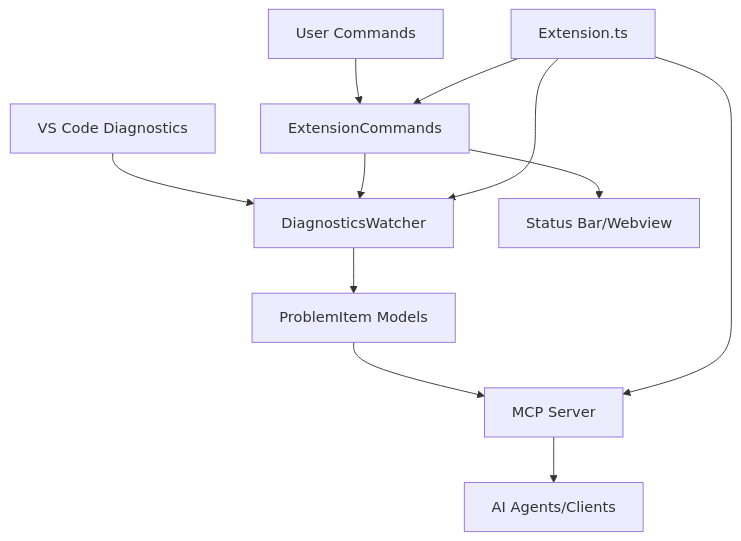
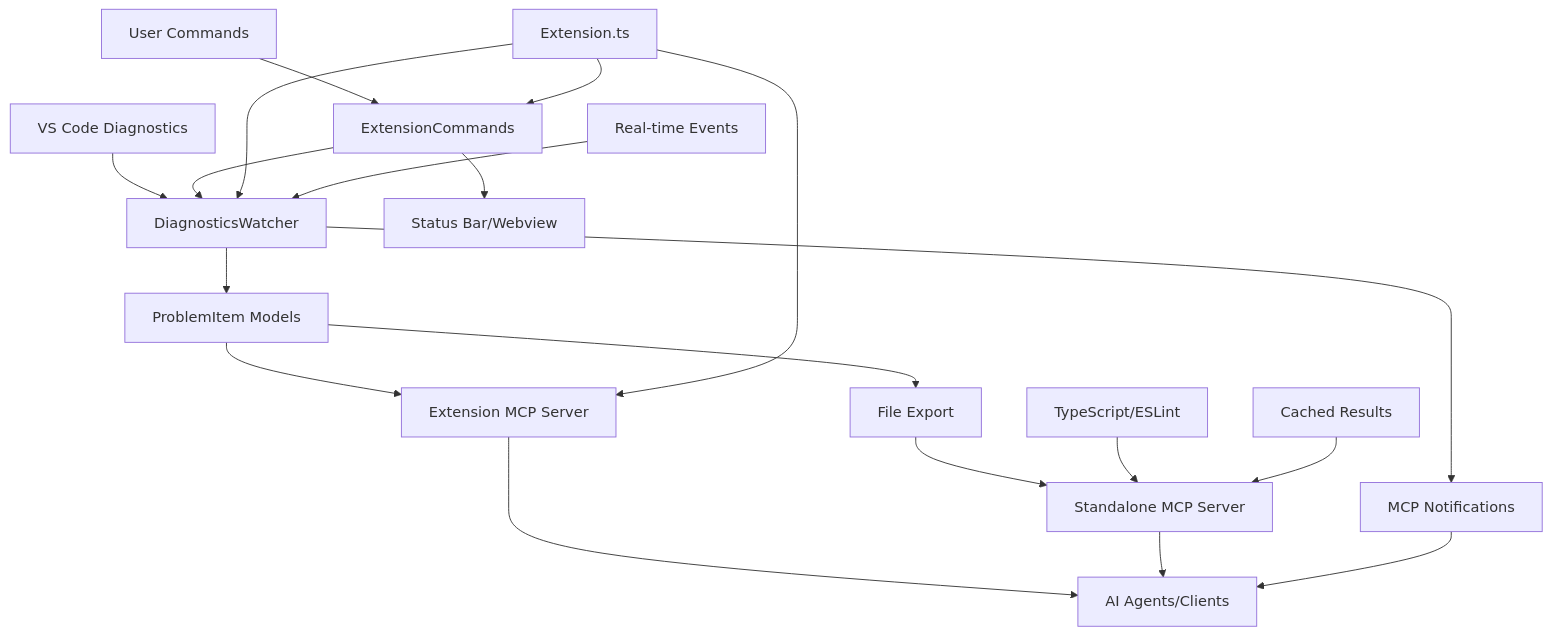
One commit to newbpydev/mcp-diagnostics-extension changed the diagram in src/README.md. Above: the diagram before and after it, drawn with Mermaid. The commit also changed other lines of this file and 2 other files, not shown here.

````diff
--- a/src/README.md
+++ b/src/README.md
@@ -48,15 +77,25 @@
 ```mermaid
 graph TD
     A[VS Code Diagnostics] --> B[DiagnosticsWatcher]
     B --> C[ProblemItem Models]
-    C --> D[MCP Server]
+    C --> D[Extension MCP Server]
+    C --> L[File Export]
+    L --> M[Standalone MCP Server]
     D --> E[AI Agents/Clients]
+    M --> E
 
     F[User Commands] --> G[ExtensionCommands]
     G --> H[Status Bar/Webview]
     G --> B
 
     I[Extension.ts] --> B
     I --> D
     I --> G
+
+    J[Real-time Events] --> B
+    B --> K[MCP Notifications]
+    K --> E
+
+    N[TypeScript/ESLint] --> M
+    O[Cached Results] --> M
 ```
````
